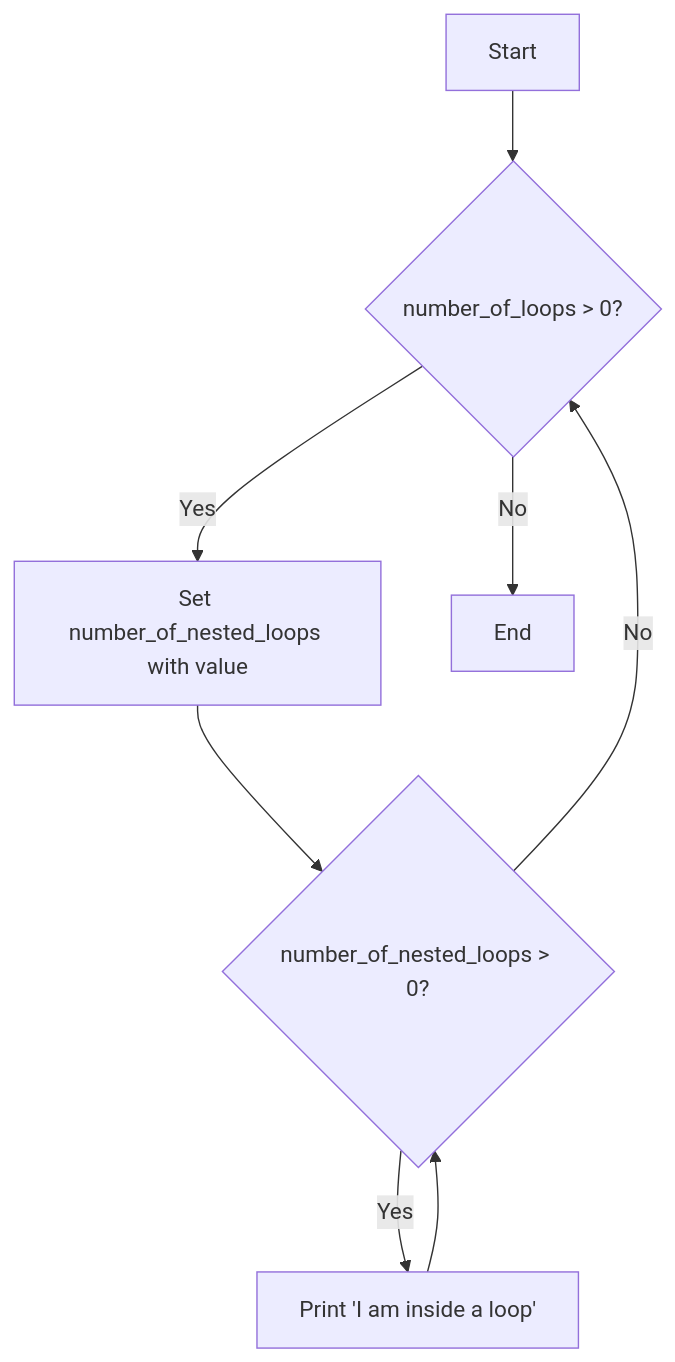
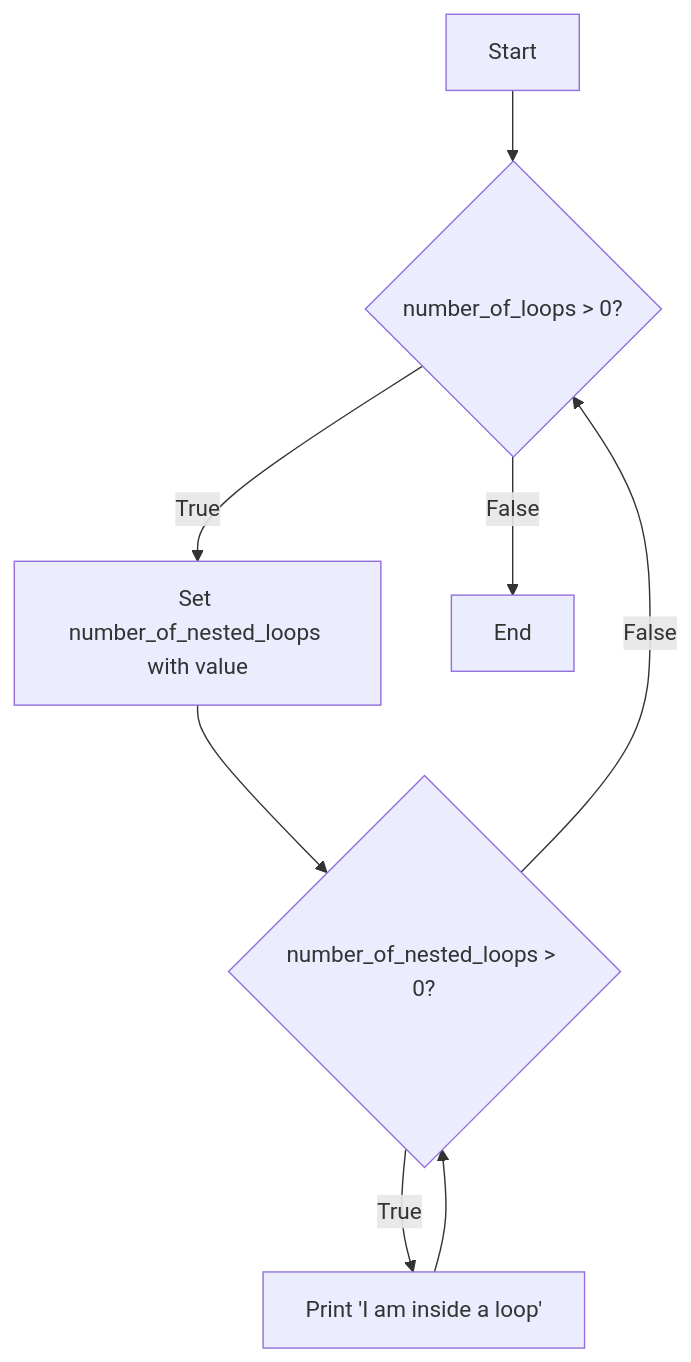
One commit to rahmanda/ayongulik changed the third of 3 diagrams in courses/level-0/algoritma-menggunakan-python/6-looping-dan-debugging.md. Above: the diagram before and after it, drawn with Mermaid. The commit also changed other lines of this file and 1 other file, not shown here.

Commit message:
docs(algoritma): replace diagram with True and False for branching

````diff
--- a/courses/level-0/algoritma-menggunakan-python/6-looping-dan-debugging.md
+++ b/courses/level-0/algoritma-menggunakan-python/6-looping-dan-debugging.md
@@ -123,10 +123,10 @@
 ```mermaid
 flowchart TD
     A[Start] --> B{number_of_loops > 0?}
-    B -- Yes --> C[Set number_of_nested_loops with value]
+    B -- True --> C[Set number_of_nested_loops with value]
     C --> D{number_of_nested_loops > 0?}
-    D -- Yes --> E[Print 'I am inside a loop']
+    D -- True --> E[Print 'I am inside a loop']
     E --> D
-    D -- No --> B
-    B -- No --> F[End]
+    D -- False --> B
+    B -- False --> F[End]
 ```
````
